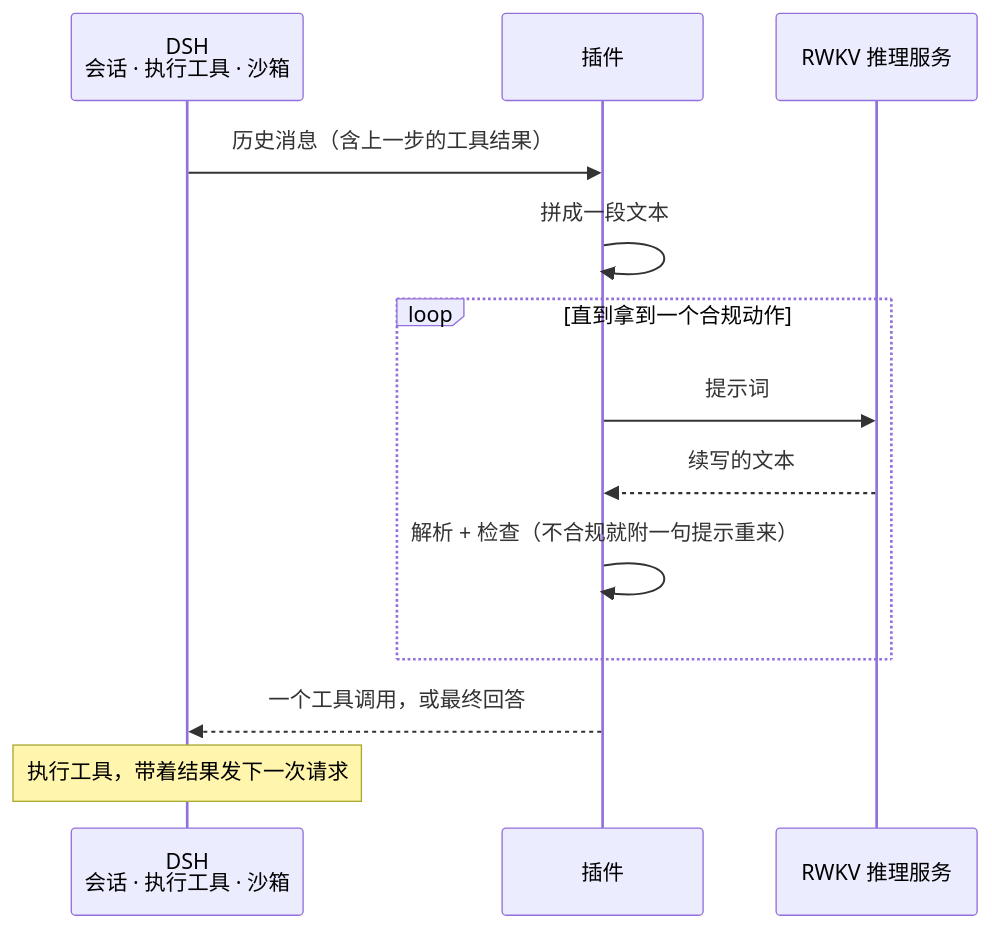
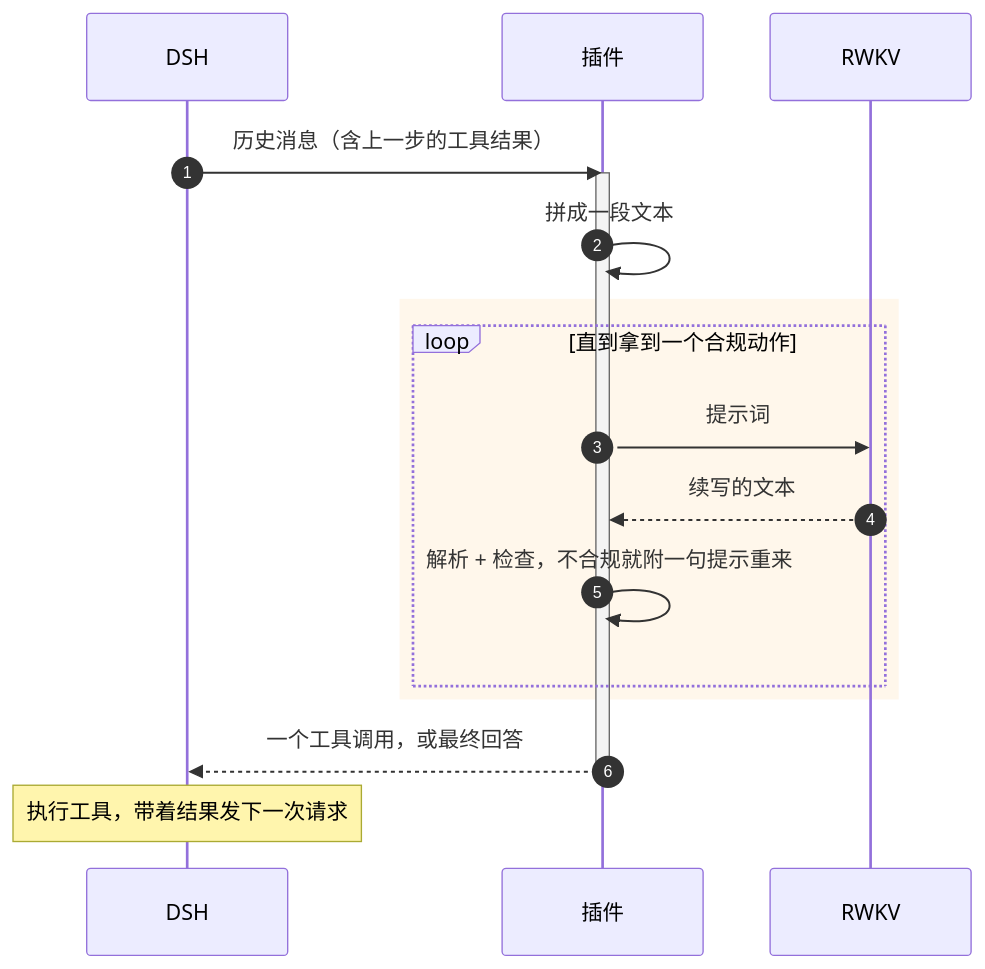
The first of 2 diagrams in README.md (No-22-Github/dsh-rwkv-plugin), drawn with Mermaid before and after one commit. The commit also changed other lines of this file, not shown here.

Commit message:
README: color the flow diagrams (node classes, numbered sequence, highlighted retry loop)

````diff
--- a/README.md
+++ b/README.md
@@ -11,15 +11,20 @@
 ```mermaid
 sequenceDiagram
-    participant D as DSH<br/>会话 · 执行工具 · 沙箱
+    autonumber
+    participant D as DSH
     participant P as 插件
-    participant R as RWKV 推理服务
+    participant R as RWKV
     D->>P: 历史消息（含上一步的工具结果）
+    activate P
     P->>P: 拼成一段文本
+    rect rgba(245, 158, 11, 0.08)
     loop 直到拿到一个合规动作
         P->>R: 提示词
         R-->>P: 续写的文本
-        P->>P: 解析 + 检查（不合规就附一句提示重来）
+        P->>P: 解析 + 检查，不合规就附一句提示重来
+    end
     end
     P-->>D: 一个工具调用，或最终回答
+    deactivate P
     Note over D: 执行工具，带着结果发下一次请求
 ```
````
